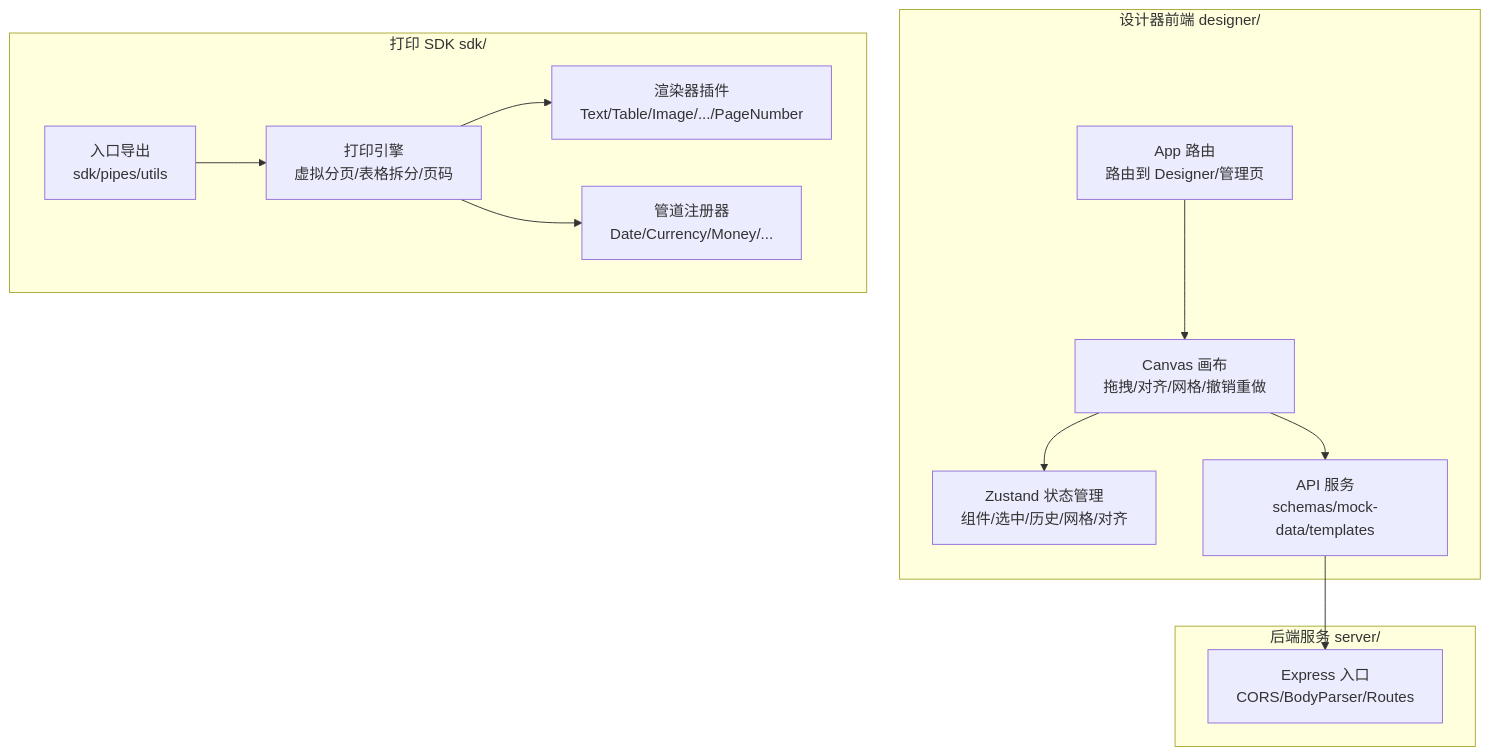
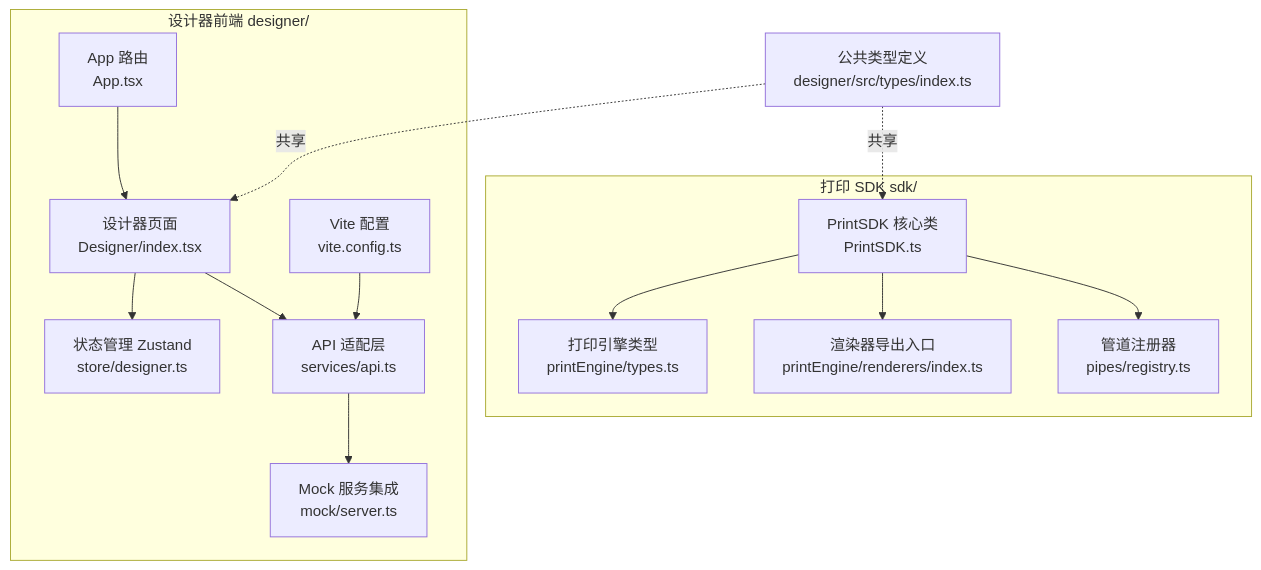
One commit to joker-yjc/printer changed the first of 6 diagrams in .qoder/repowiki/zh/content/项目概述/项目概述.md. Above: the diagram before and after it, drawn with Mermaid. The commit also changed other lines of this file and 274 other files, not shown here.

````diff
--- a/.qoder/repowiki/zh/content/项目概述/项目概述.md
+++ b/.qoder/repowiki/zh/content/项目概述/项目概述.md
@@ -75,25 +44,28 @@
 ```mermaid
 graph TB
 subgraph "设计器前端 designer/"
-D_App["App 路由<br/>路由到 Designer/管理页"]
-D_Canvas["Canvas 画布<br/>拖拽/对齐/网格/撤销重做"]
-D_Store["Zustand 状态管理<br/>组件/选中/历史/网格/对齐"]
-D_API["API 服务<br/>schemas/mock-data/templates"]
+A["App 路由<br/>App.tsx"]
+B["设计器页面<br/>Designer/index.tsx"]
+C["状态管理 Zustand<br/>store/designer.ts"]
+D["API 适配层<br/>services/api.ts"]
+E["Mock 服务集成<br/>mock/server.ts"]
+F["Vite 配置<br/>vite.config.ts"]
 end
 subgraph "打印 SDK sdk/"
-S_Index["入口导出<br/>sdk/pipes/utils"]
-S_PrintEngine["打印引擎<br/>虚拟分页/表格拆分/页码"]
-S_Renderers["渲染器插件<br/>Text/Table/Image/.../PageNumber"]
-S_Pipes["管道注册器<br/>Date/Currency/Money/..."]
+G["PrintSDK 核心类<br/>PrintSDK.ts"]
+H["打印引擎类型<br/>printEngine/types.ts"]
+I["渲染器导出入口<br/>printEngine/renderers/index.ts"]
+J["管道注册器<br/>pipes/registry.ts"]
 end
-subgraph "后端服务 server/"
-SV_Index["Express 入口<br/>CORS/BodyParser/Routes"]
-end
-D_App --> D_Canvas
-D_Canvas --> D_Store
-D_Canvas --> D_API
-D_API --> SV_Index
-S_Index --> S_PrintEngine
-S_PrintEngine --> S_Renderers
-S_PrintEngine --> S_Pipes
+K["公共类型定义<br/>designer/src/types/index.ts"]
+A --> B
+B --> C
+B --> D
+D --> E
+F --> D
+G --> H
+G --> I
+G --> J
+K -.共享.-> B
+K -.共享.-> G
 ```
````
